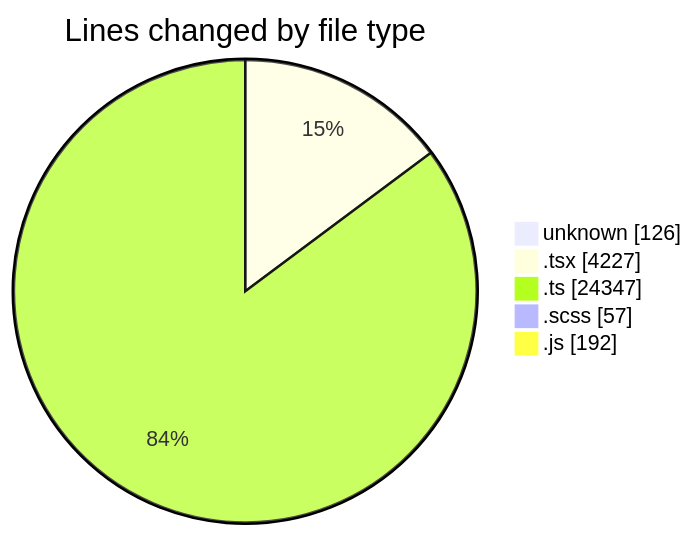
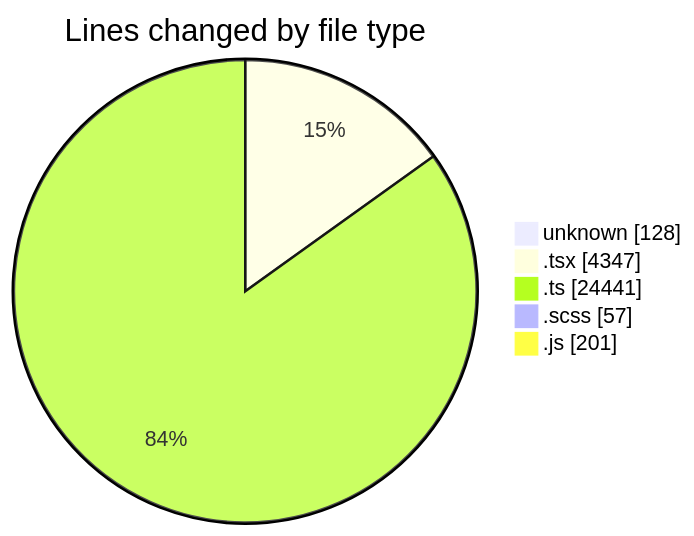
One commit to momahboobian/code-tracking changed the first of 2 diagrams in 2026-09-23/cda/README.md. Above: the diagram before and after it, drawn with Mermaid. The commit also changed other lines of this file and 1 other file, not shown here.

````diff
--- a/2026-09-23/cda/README.md
+++ b/2026-09-23/cda/README.md
@@ -55,9 +57,9 @@
 ```mermaid
 pie showData
 title Lines changed by file type
-"unknown" : 126
-".tsx" : 4227
-".ts" : 24347
+"unknown" : 128
+".tsx" : 4347
+".ts" : 24441
 ".scss" : 57
-".js" : 192
+".js" : 201
 ```
````
